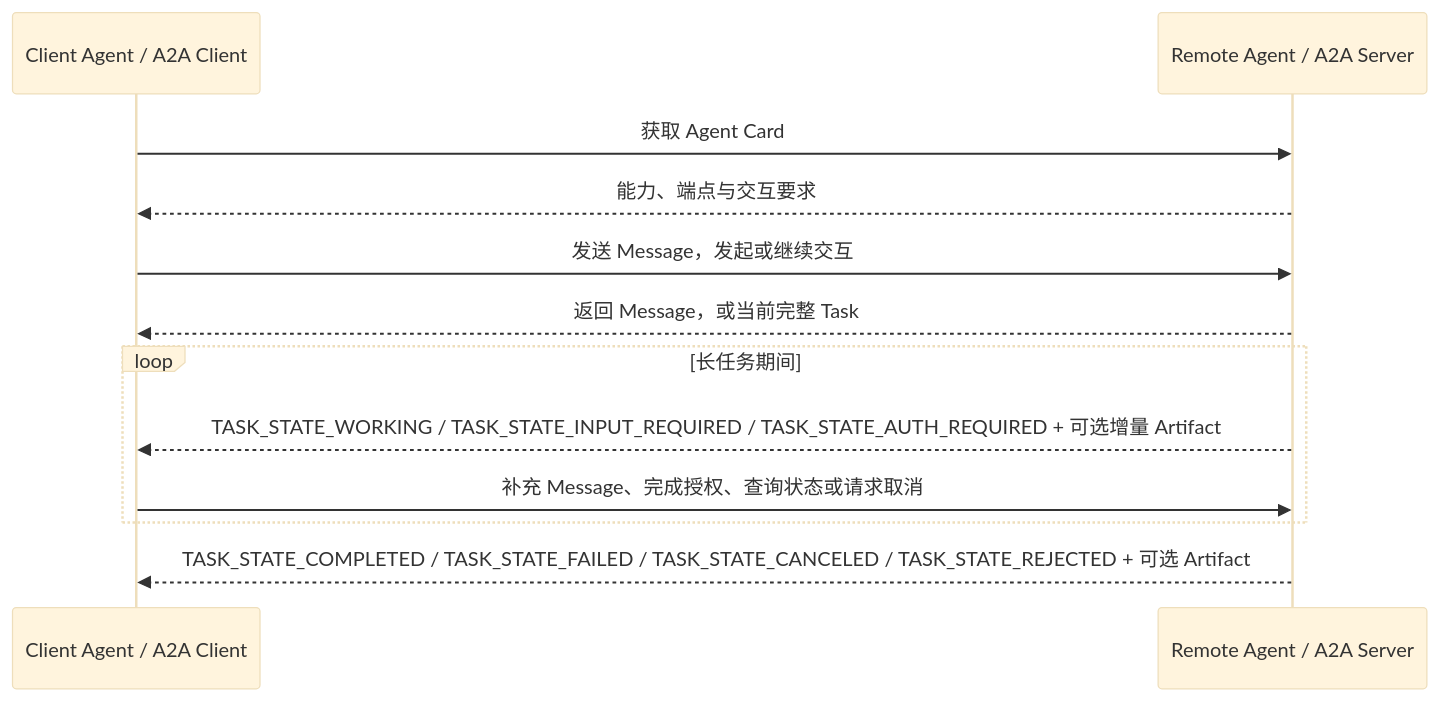
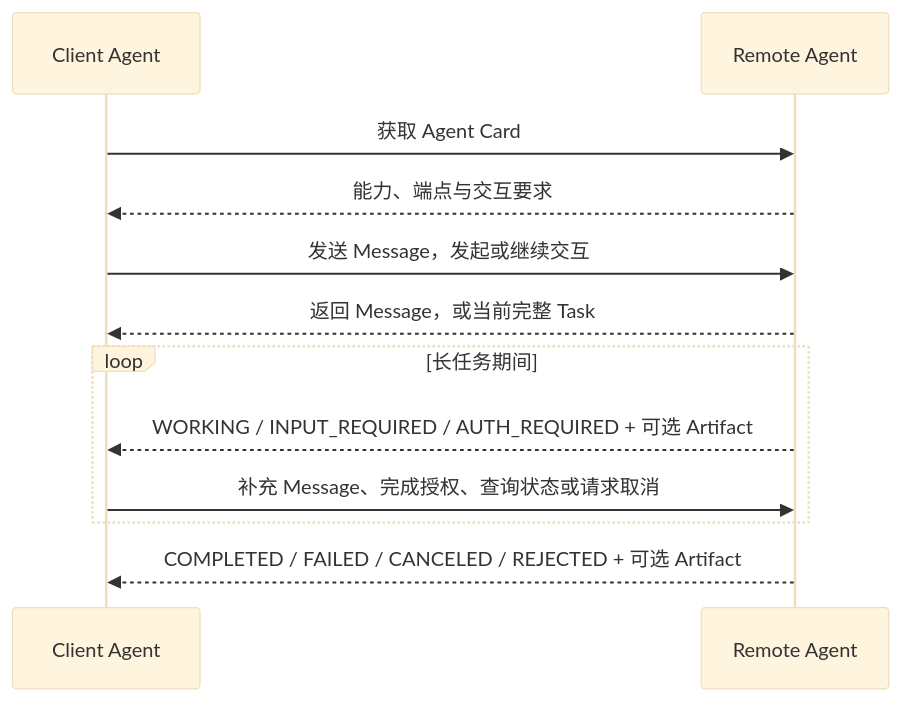
The fourth of 6 diagrams in docs/07-multi-agent-a2a.md (FoLaJJ/agent-systems-notes), drawn with Mermaid (base theme) before and after one commit. The commit also changed 13 other files, not shown here.

Commit message:
Refine Mermaid diagram layouts

````diff
--- a/docs/07-multi-agent-a2a.md
+++ b/docs/07-multi-agent-a2a.md
@@ -182,14 +182,14 @@
 ```mermaid
 sequenceDiagram
-    participant C as Client Agent / A2A Client
-    participant R as Remote Agent / A2A Server
+    participant C as Client Agent
+    participant R as Remote Agent
     C->>R: 获取 Agent Card
     R-->>C: 能力、端点与交互要求
     C->>R: 发送 Message，发起或继续交互
     R-->>C: 返回 Message，或当前完整 Task
     loop 长任务期间
-      R-->>C: TASK_STATE_WORKING / TASK_STATE_INPUT_REQUIRED / TASK_STATE_AUTH_REQUIRED + 可选增量 Artifact
+      R-->>C: WORKING / INPUT_REQUIRED / AUTH_REQUIRED + 可选 Artifact
       C->>R: 补充 Message、完成授权、查询状态或请求取消
     end
-    R-->>C: TASK_STATE_COMPLETED / TASK_STATE_FAILED / TASK_STATE_CANCELED / TASK_STATE_REJECTED + 可选 Artifact
+    R-->>C: COMPLETED / FAILED / CANCELED / REJECTED + 可选 Artifact
 ```
````
